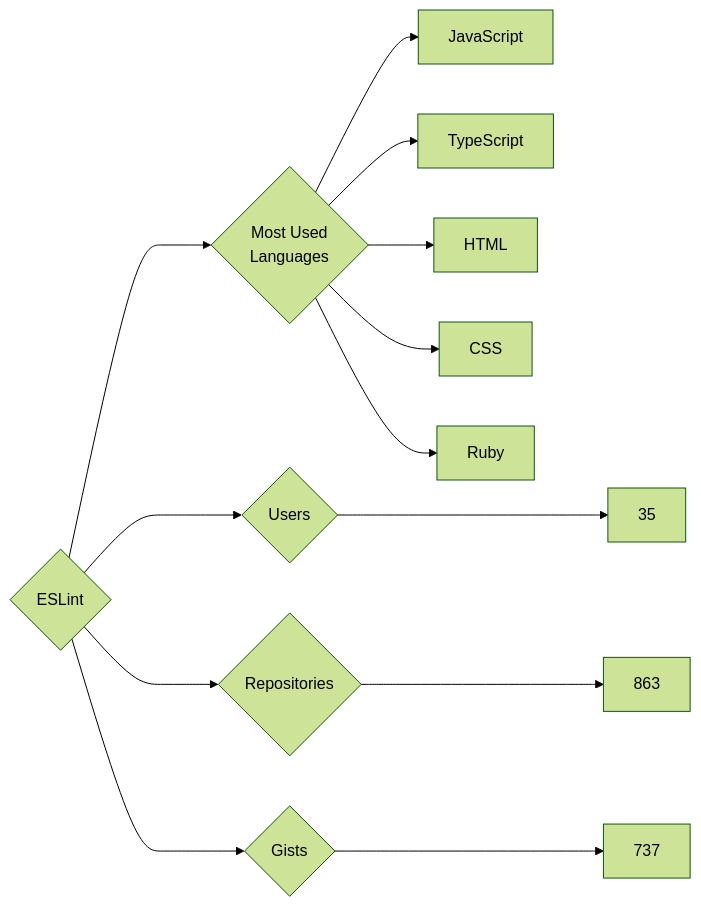
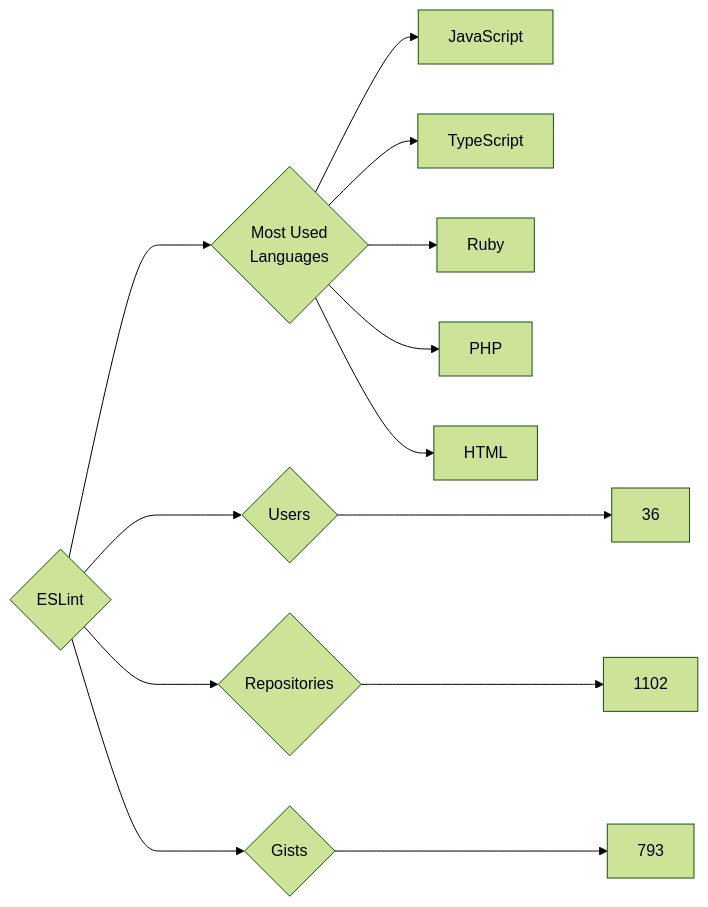
The diagram in targets/ESLint/README.md (trickest/insiders), drawn with Mermaid (forest theme) before and after one commit. The commit also changed 1030 other files, not shown here.

````diff
--- a/targets/ESLint/README.md
+++ b/targets/ESLint/README.md
@@ -3,13 +3,13 @@
 ```mermaid
 graph LR
 COMPANY_NAME{ESLint}
-COMPANY_NAME ---> U{Users} ---> UN[35]
-COMPANY_NAME ---> R{Repositories} ---> RN[863]
-COMPANY_NAME ---> G{Gists} ---> GN[737]
+COMPANY_NAME ---> U{Users} ---> UN[36]
+COMPANY_NAME ---> R{Repositories} ---> RN[1102]
+COMPANY_NAME ---> G{Gists} ---> GN[793]
 COMPANY_NAME ---> ML{Most Used<br>Languages}
 ML --> JavaScript[JavaScript]
 ML --> TypeScript[TypeScript]
+ML --> Ruby[Ruby]
+ML --> PHP[PHP]
 ML --> HTML[HTML]
-ML --> CSS[CSS]
-ML --> Ruby[Ruby]
 ```
````
